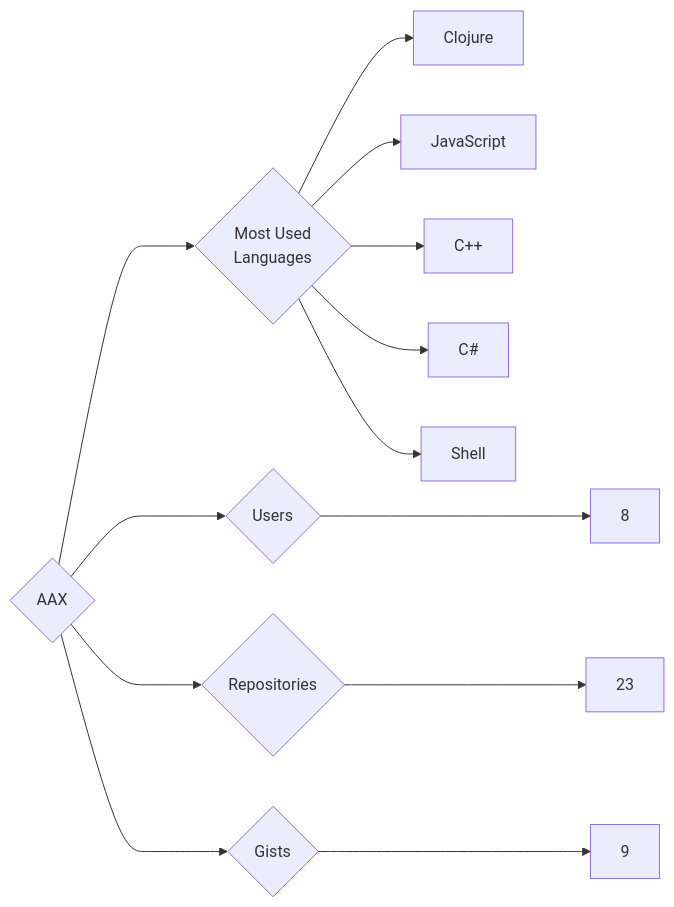
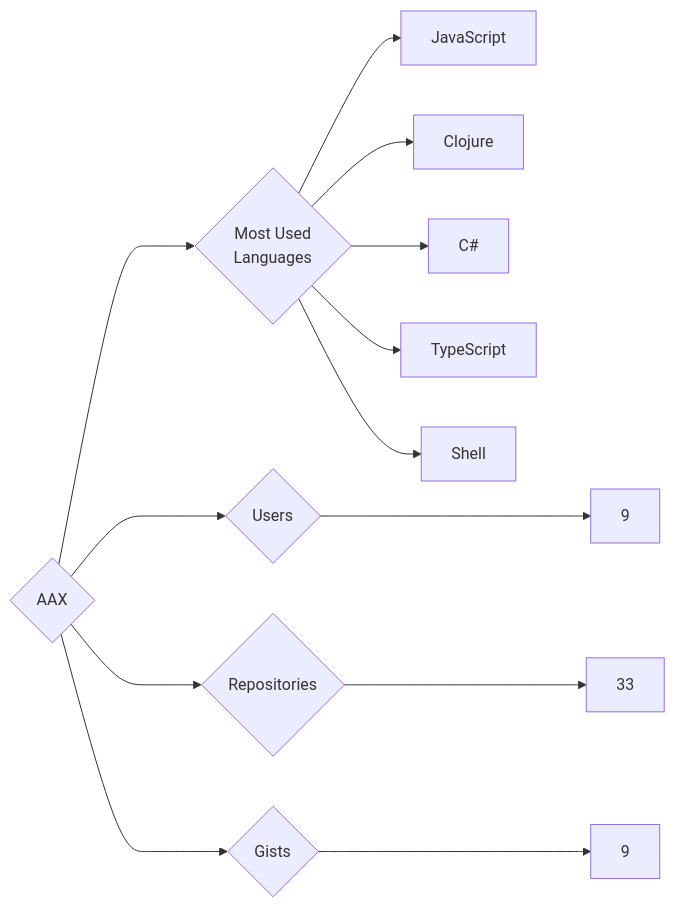
One commit to trickest/insiders changed the diagram in targets/AAX/README.md. Above: the diagram before and after it, drawn with Mermaid. The commit also changed 1020 other files, not shown here.

````diff
--- a/targets/AAX/README.md
+++ b/targets/AAX/README.md
@@ -3,13 +3,13 @@
 ```mermaid
 graph LR
 COMPANY_NAME{AAX}
-COMPANY_NAME ---> U{Users} ---> UN[8]
-COMPANY_NAME ---> R{Repositories} ---> RN[23]
+COMPANY_NAME ---> U{Users} ---> UN[9]
+COMPANY_NAME ---> R{Repositories} ---> RN[33]
 COMPANY_NAME ---> G{Gists} ---> GN[9]
 COMPANY_NAME ---> ML{Most Used<br>Languages}
+ML --> JavaScript[JavaScript]
 ML --> Clojure[Clojure]
-ML --> JavaScript[JavaScript]
-ML --> C++[C++]
 ML --> C#[C#]
+ML --> TypeScript[TypeScript]
 ML --> Shell[Shell]
 ```
````
